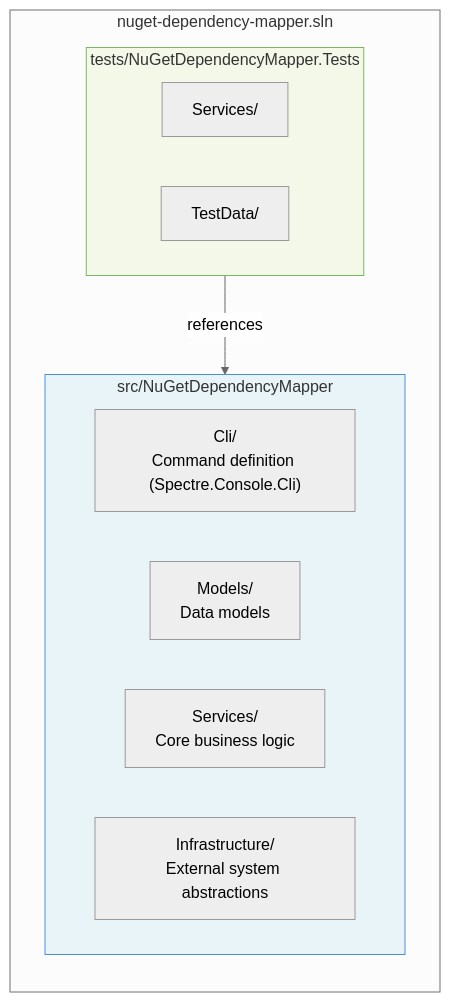
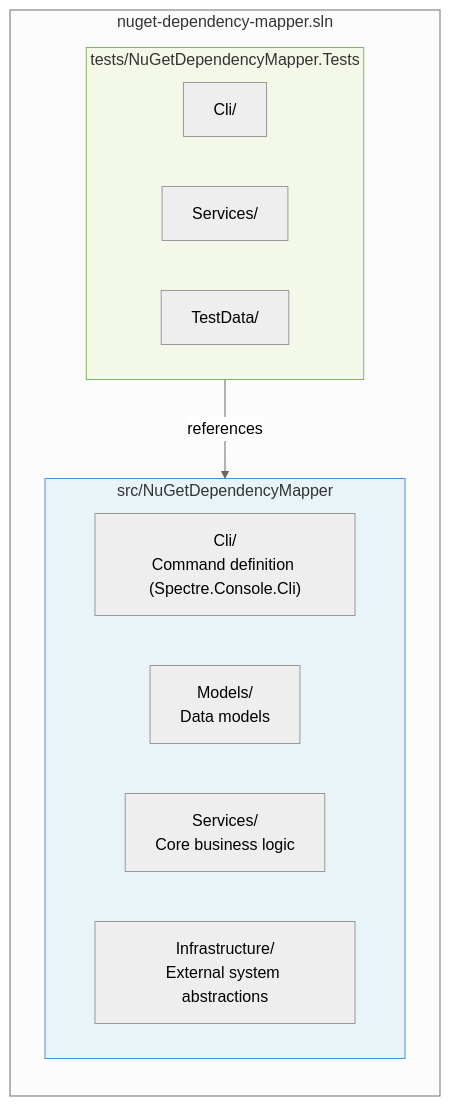
One commit to petrsapak/nuget-dependecy-tracker changed the first of 3 diagrams in docs/architecture.md. Above: the diagram before and after it, drawn with Mermaid (neutral theme). The commit also changed 12 other files, not shown here.

````diff
--- a/docs/architecture.md
+++ b/docs/architecture.md
@@ -5,20 +5,21 @@
 ```mermaid
 graph LR
     subgraph Solution["nuget-dependency-mapper.sln"]
         subgraph Src["src/NuGetDependencyMapper"]
             Cli["Cli/<br/>Command definition (Spectre.Console.Cli)"]
             Models["Models/<br/>Data models"]
             Services["Services/<br/>Core business logic"]
             Infra["Infrastructure/<br/>External system abstractions"]
         end
         subgraph Tests["tests/NuGetDependencyMapper.Tests"]
+            TCli["Cli/"]
             TServices["Services/"]
             TData["TestData/"]
         end
     end
 
     Tests -- "references" --> Src
 
     style Src fill:#e8f4f8,stroke:#4a90d9
     style Tests fill:#f4f8e8,stroke:#7bb662
 ```
````
